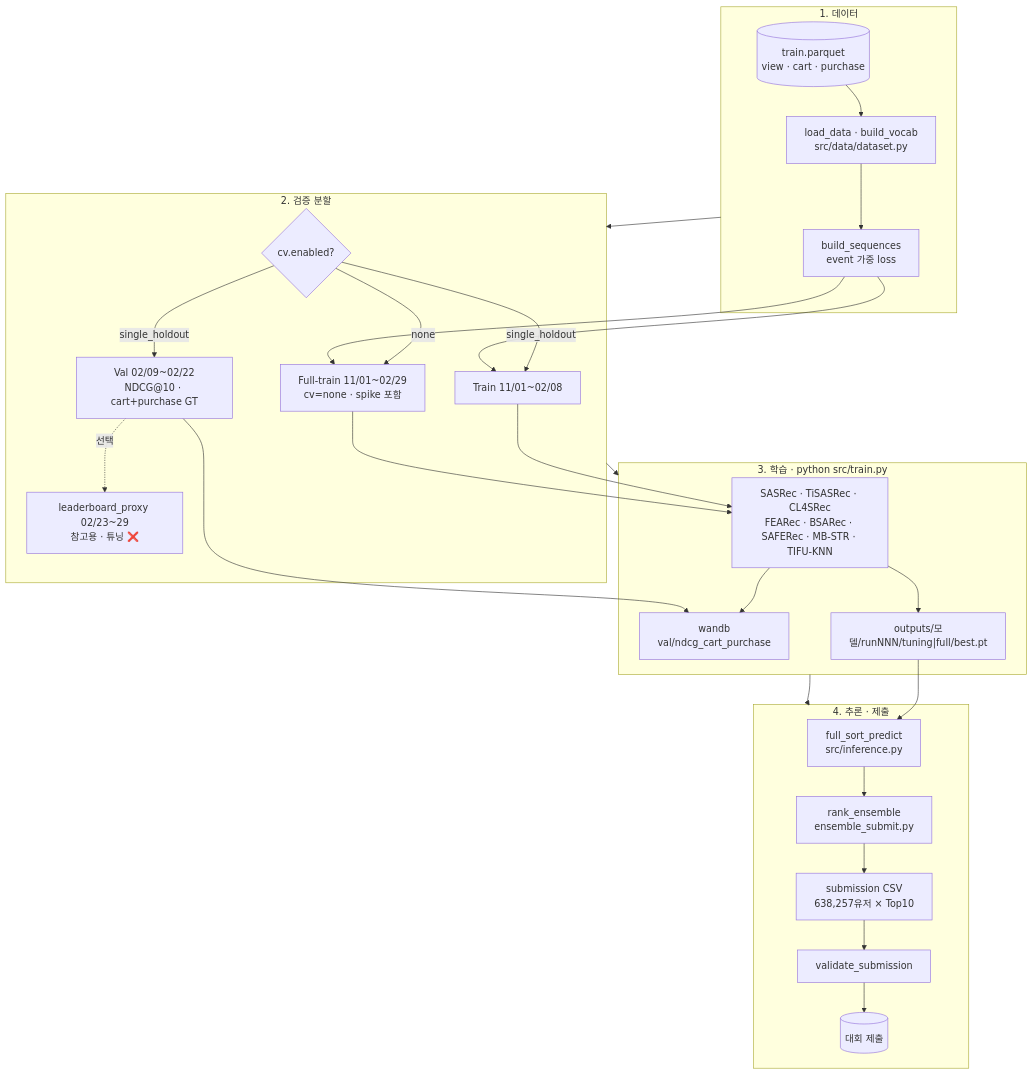
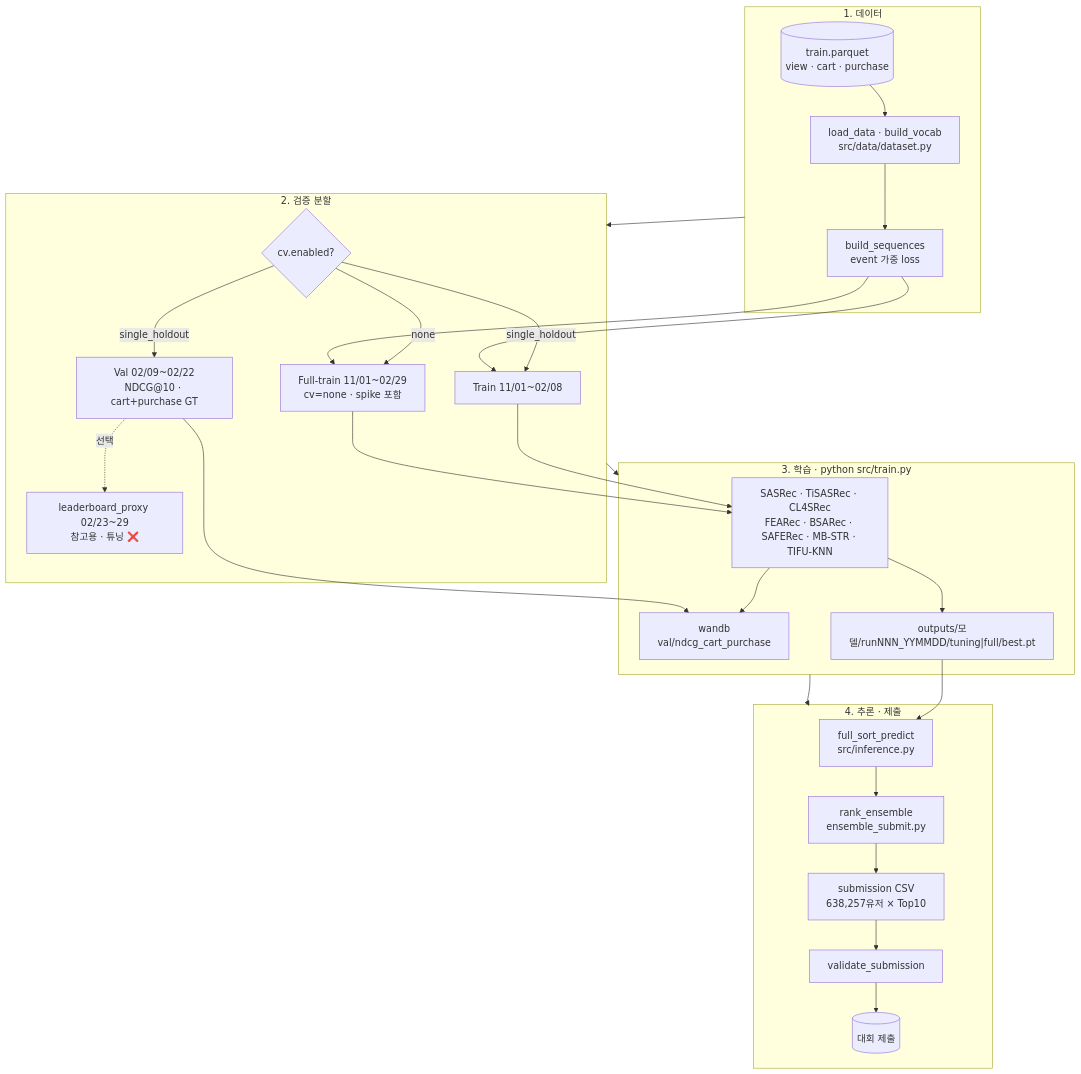
Before and after one commit to WanYoung-Oh/recsys: the diagram in README.md, drawn with Mermaid. The commit also changed 4 other files, not shown here.

````diff
--- a/README.md
+++ b/README.md
@@ -76,50 +76,50 @@
 ```mermaid
 flowchart TB
   subgraph dataIn ["1. 데이터"]
     parquet[("train.parquet<br/>view · cart · purchase")]
     load["load_data · build_vocab<br/>src/data/dataset.py"]
     seq["build_sequences<br/>event 가중 loss"]
     parquet --> load --> seq
   end
 
   subgraph cvSplit ["2. 검증 분할"]
     cvMode{"cv.enabled?"}
     trainHold["Train 11/01~02/08"]
     valHold["Val 02/09~02/22<br/>NDCG@10 · cart+purchase GT"]
     fullTrain["Full-train 11/01~02/29<br/>cv=none · spike 포함"]
     proxy["leaderboard_proxy 02/23~29<br/>참고용 · 튜닝 ❌"]
     cvMode -->|single_holdout| trainHold
     cvMode -->|single_holdout| valHold
     valHold -.->|선택| proxy
     cvMode -->|none| fullTrain
   end
 
   subgraph trainLoop ["3. 학습 · python src/train.py"]
     models["SASRec · TiSASRec · CL4SRec<br/>FEARec · BSARec · SAFERec · MB-STR · TIFU-KNN"]
     wandb["wandb<br/>val/ndcg_cart_purchase"]
-    ckpt["outputs/모델/runNNN/tuning|full/best.pt"]
+    ckpt["outputs/모델/runNNN_YYMMDD/tuning|full/best.pt"]
     seq --> trainHold
     seq --> fullTrain
     trainHold --> models
     fullTrain --> models
     models --> wandb
     valHold --> wandb
     models --> ckpt
   end
 
   subgraph deploy ["4. 추론 · 제출"]
     infer["full_sort_predict<br/>src/inference.py"]
     ens["rank_ensemble<br/>ensemble_submit.py"]
     sub["submission CSV<br/>638,257유저 × Top10"]
     valid["validate_submission"]
     ckpt --> infer
     infer --> ens
     ens --> sub
     sub --> valid
     valid --> lb[("대회 제출")]
   end
 
   dataIn --> cvSplit
   cvSplit --> trainLoop
   trainLoop --> deploy
 ```
````
